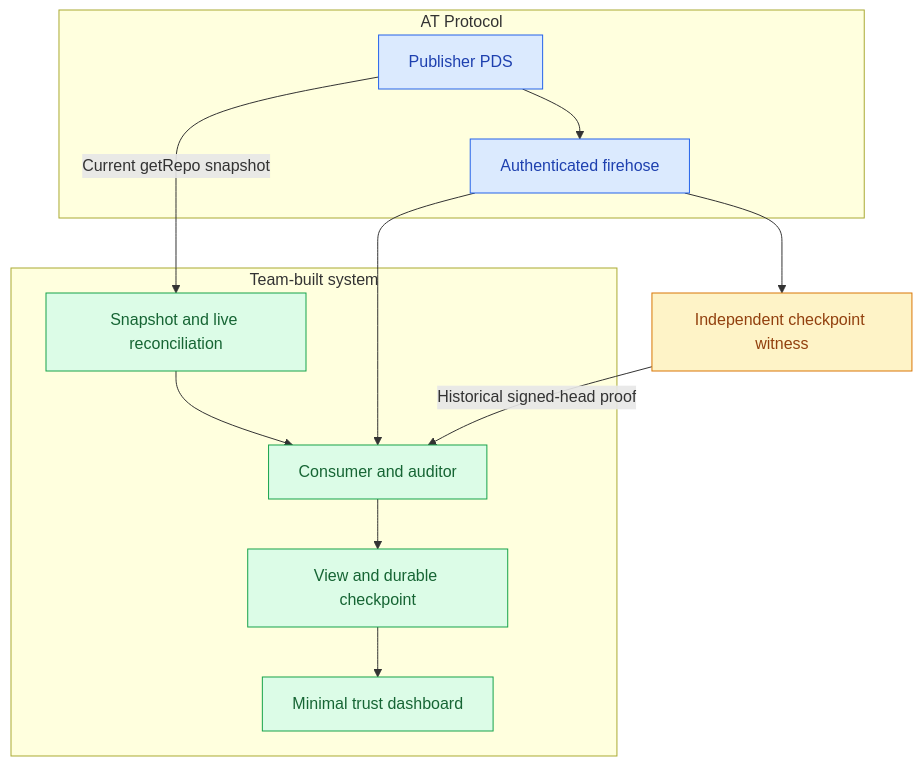
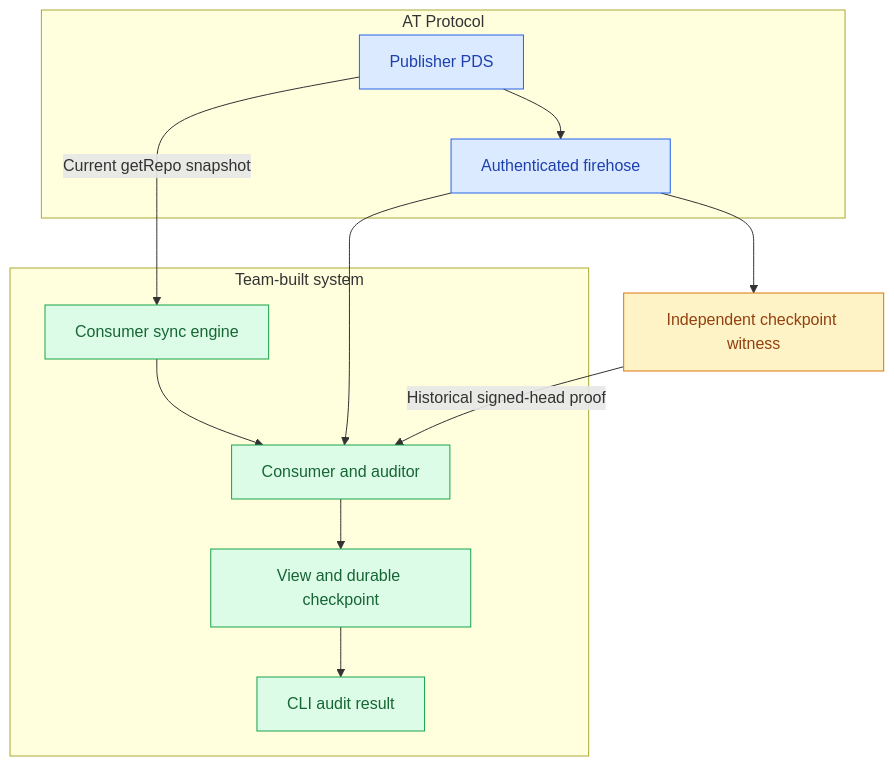
The first of 2 diagrams in README.md (cse210-dangerously-skip-permissions/design-at-proto), drawn with Mermaid before and after one commit. The commit also changed other lines of this file, not shown here.

````diff
--- a/README.md
+++ b/README.md
@@ -85,28 +85,28 @@
 ```mermaid
 flowchart TD
     subgraph AT [AT Protocol]
         P["Publisher PDS"]
         F["Authenticated firehose"]
         P --> F
     end
     subgraph OUR [Team-built system]
-        B["Snapshot and live reconciliation"]
+        B["Consumer sync engine"]
         C["Consumer and auditor"]
         V["View and durable checkpoint"]
-        D["Minimal trust dashboard"]
+        D["CLI audit result"]
         B --> C
         C --> V
         V --> D
     end
     W["Independent checkpoint witness"]
     P -->|Current getRepo snapshot| B
     F --> C
     F --> W
     W -->|Historical signed-head proof| C
     classDef proto fill:#dbeafe,stroke:#2563eb,color:#1e40af
     classDef app fill:#dcfce7,stroke:#16a34a,color:#166534
     classDef trust fill:#fef3c7,stroke:#d97706,color:#92400e
     class P,F proto;
     class B,C,V,D app;
     class W trust;
 ```
````
